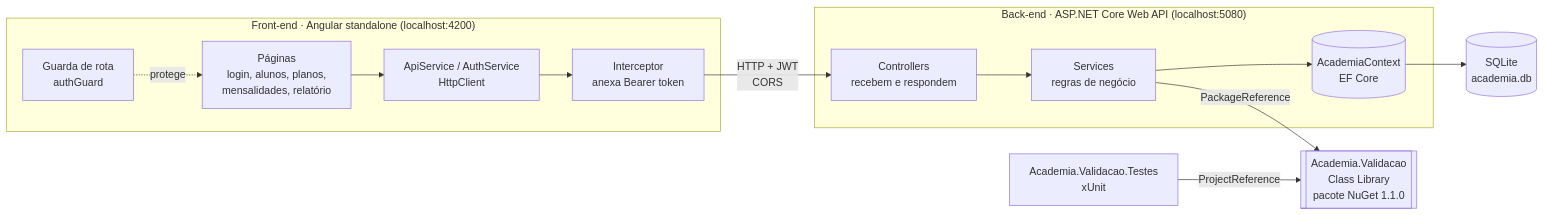
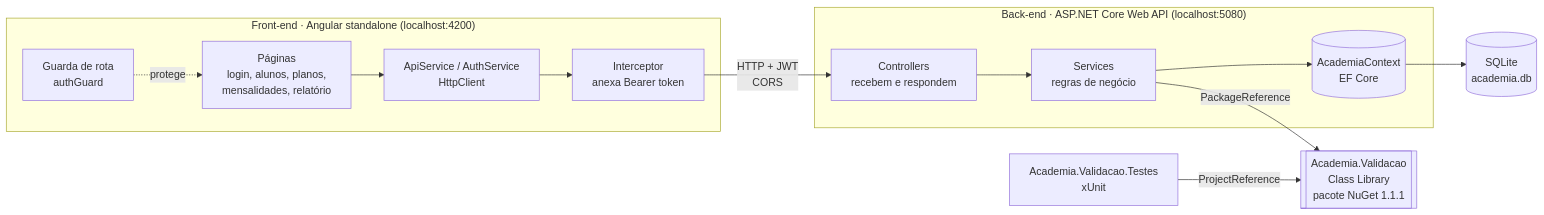
The first of 2 diagrams in docs/arquitetura.md (Gl1ma01/Topicosframework_p2), drawn with Mermaid before and after one commit. The commit also changed other lines of this file and 9 other files, not shown here.

````diff
--- a/docs/arquitetura.md
+++ b/docs/arquitetura.md
@@ -5,27 +5,27 @@
 ```mermaid
 flowchart LR
     subgraph Front["Front-end · Angular standalone (localhost:4200)"]
         P[Páginas<br/>login, alunos, planos,<br/>mensalidades, relatório]
         G[Guarda de rota<br/>authGuard]
         I[Interceptor<br/>anexa Bearer token]
         S[ApiService / AuthService<br/>HttpClient]
         P --> S --> I
         G -.protege.-> P
     end
 
     subgraph Back["Back-end · ASP.NET Core Web API (localhost:5080)"]
         C[Controllers<br/>recebem e respondem]
         SV[Services<br/>regras de negócio]
         DB[(AcademiaContext<br/>EF Core)]
         C --> SV --> DB
     end
 
-    L[[Academia.Validacao<br/>Class Library<br/>pacote NuGet 1.1.0]]
+    L[[Academia.Validacao<br/>Class Library<br/>pacote NuGet 1.1.1]]
     T[Academia.Validacao.Testes<br/>xUnit]
     F[(SQLite<br/>academia.db)]
 
     I -- HTTP + JWT<br/>CORS --> C
     SV -- PackageReference --> L
     T -- ProjectReference --> L
     DB --> F
 ```
````
